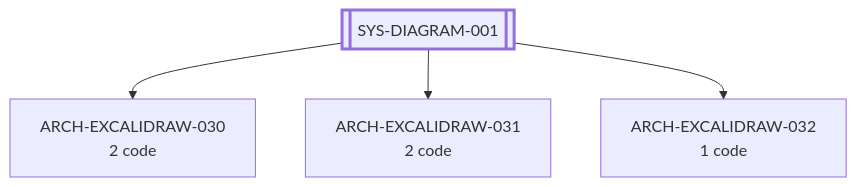
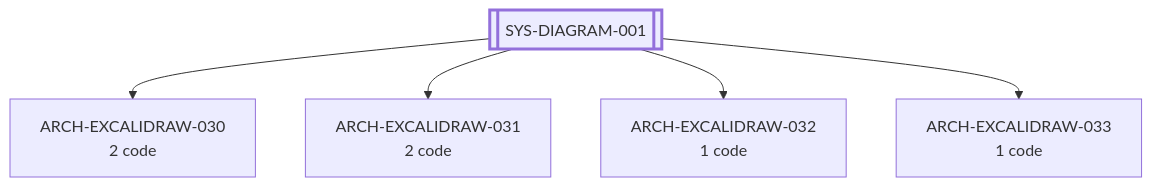
One commit to alxmax/excalidraw-diagram changed the first of 5 diagrams in plugin/requirements/_map.md. Above: the diagram before and after it, drawn with Mermaid. The commit also changed other lines of this file and 18 other files, not shown here.

````diff
--- a/plugin/requirements/_map.md
+++ b/plugin/requirements/_map.md
@@ -15,11 +15,13 @@
 ```mermaid
 graph TD
   ARCH_EXCALIDRAW_030[ARCH-EXCALIDRAW-030<br/>2 code]
   ARCH_EXCALIDRAW_031[ARCH-EXCALIDRAW-031<br/>2 code]
   ARCH_EXCALIDRAW_032[ARCH-EXCALIDRAW-032<br/>1 code]
+  ARCH_EXCALIDRAW_033[ARCH-EXCALIDRAW-033<br/>1 code]
   SYS_DIAGRAM_001[[SYS-DIAGRAM-001]]
   SYS_DIAGRAM_001 --> ARCH_EXCALIDRAW_030
   SYS_DIAGRAM_001 --> ARCH_EXCALIDRAW_031
   SYS_DIAGRAM_001 --> ARCH_EXCALIDRAW_032
+  SYS_DIAGRAM_001 --> ARCH_EXCALIDRAW_033
   style SYS_DIAGRAM_001 stroke-width:3px
 ```
````
